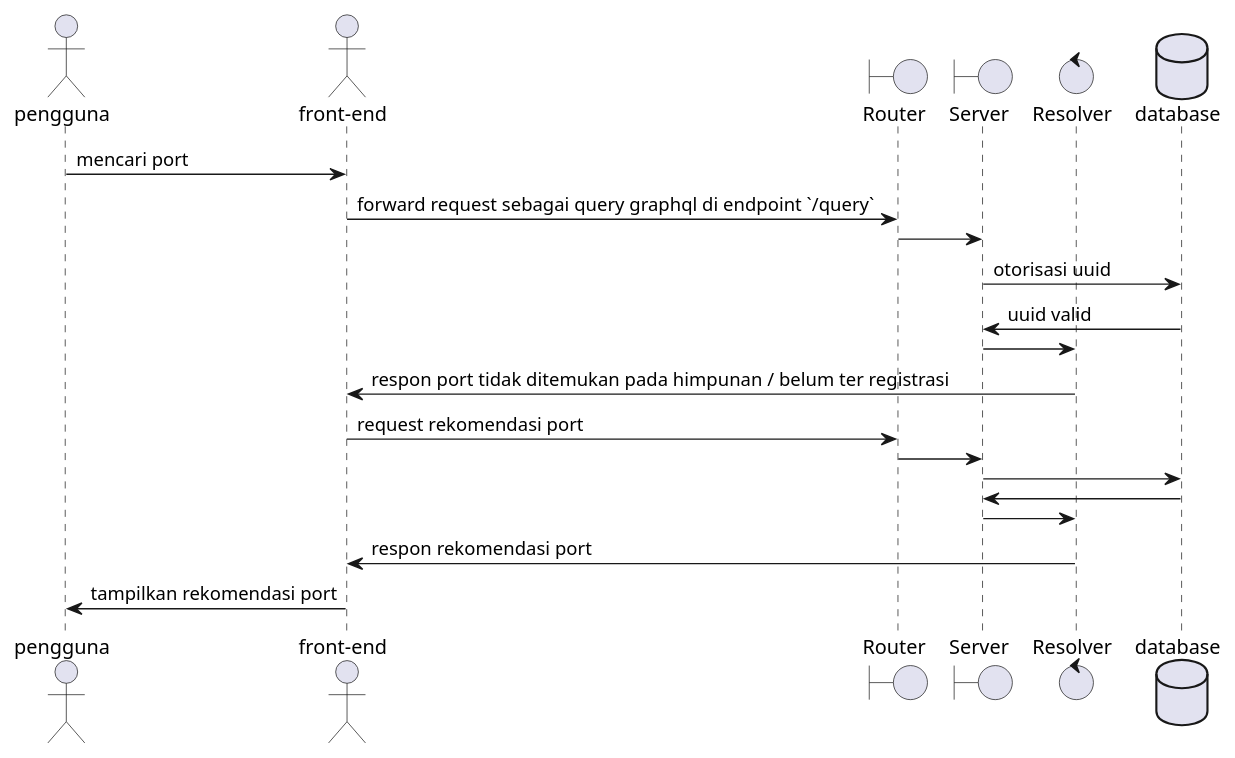
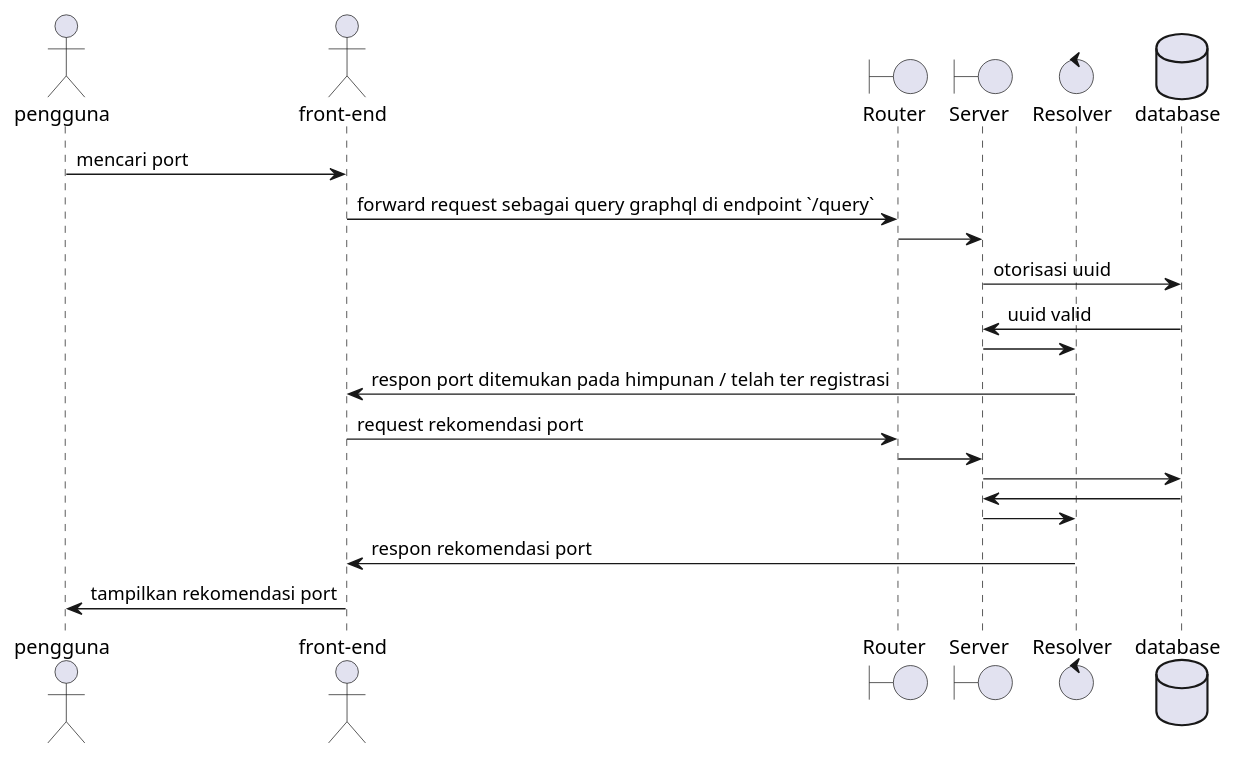
The diagram in rekomendasi-port.puml (stnDinus/skpl_apbo_sequence_diagram), drawn with PlantUML before and after one commit.

Commit message:
fix: reccomend on registered port

```diff
--- a/rekomendasi-port.puml
+++ b/rekomendasi-port.puml
@@ -1,23 +1,23 @@
 @startuml
 actor pengguna
 actor "front-end" as fe
 boundary Router as router
 boundary Server as srv
 control Resolver as resolver
 database "database" as db
 
 pengguna -> fe: mencari port
 fe -> router: forward request sebagai query graphql di endpoint `/query`
 router -> srv
 srv -> db: otorisasi uuid
 db -> srv: uuid valid
 srv -> resolver
-resolver -> fe: respon port tidak ditemukan pada himpunan / belum ter registrasi
+resolver -> fe: respon port ditemukan pada himpunan / telah ter registrasi
 fe -> router: request rekomendasi port
 router -> srv
 srv -> db
 db -> srv
 srv -> resolver
 resolver -> fe: respon rekomendasi port
 fe -> pengguna: tampilkan rekomendasi port
 @enduml
```
